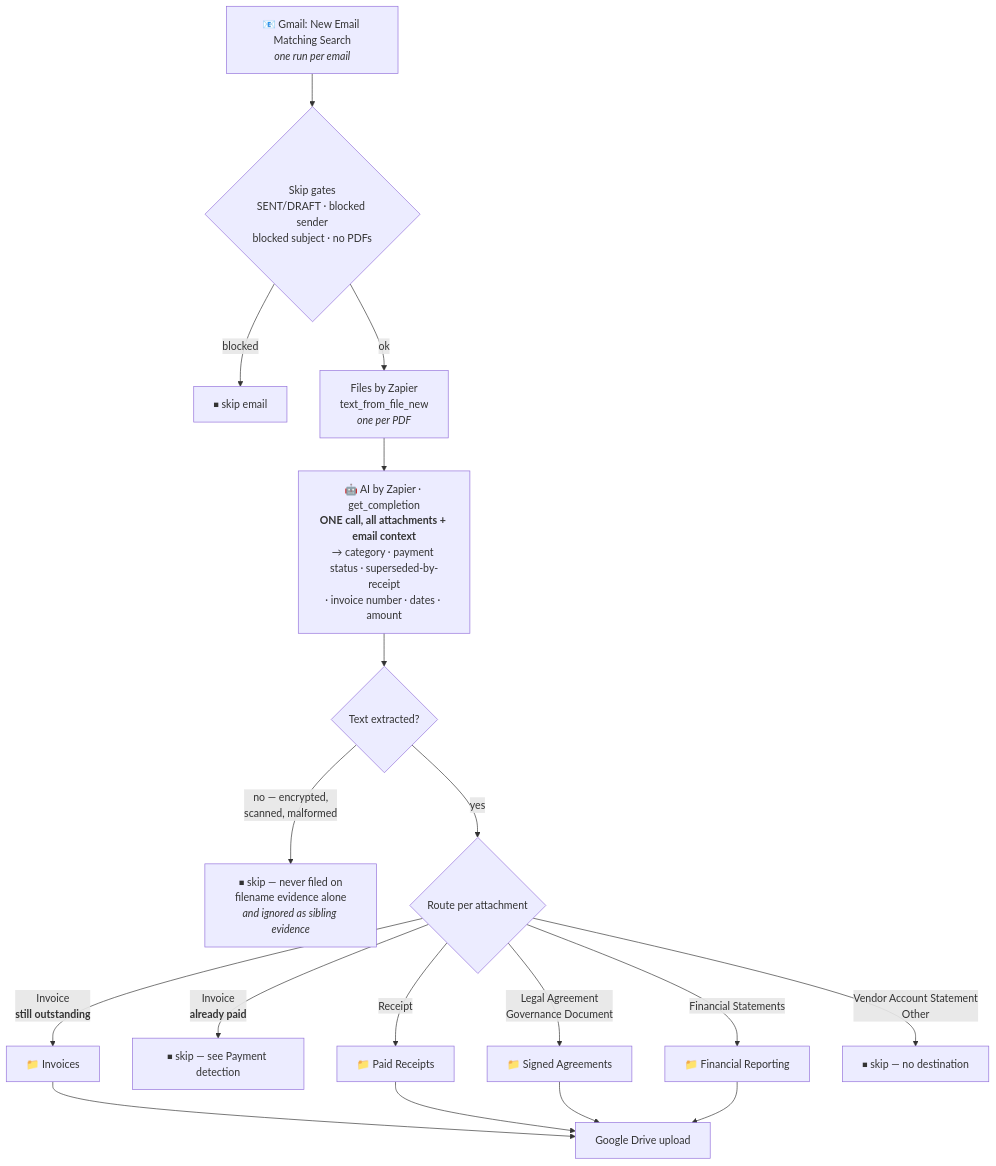
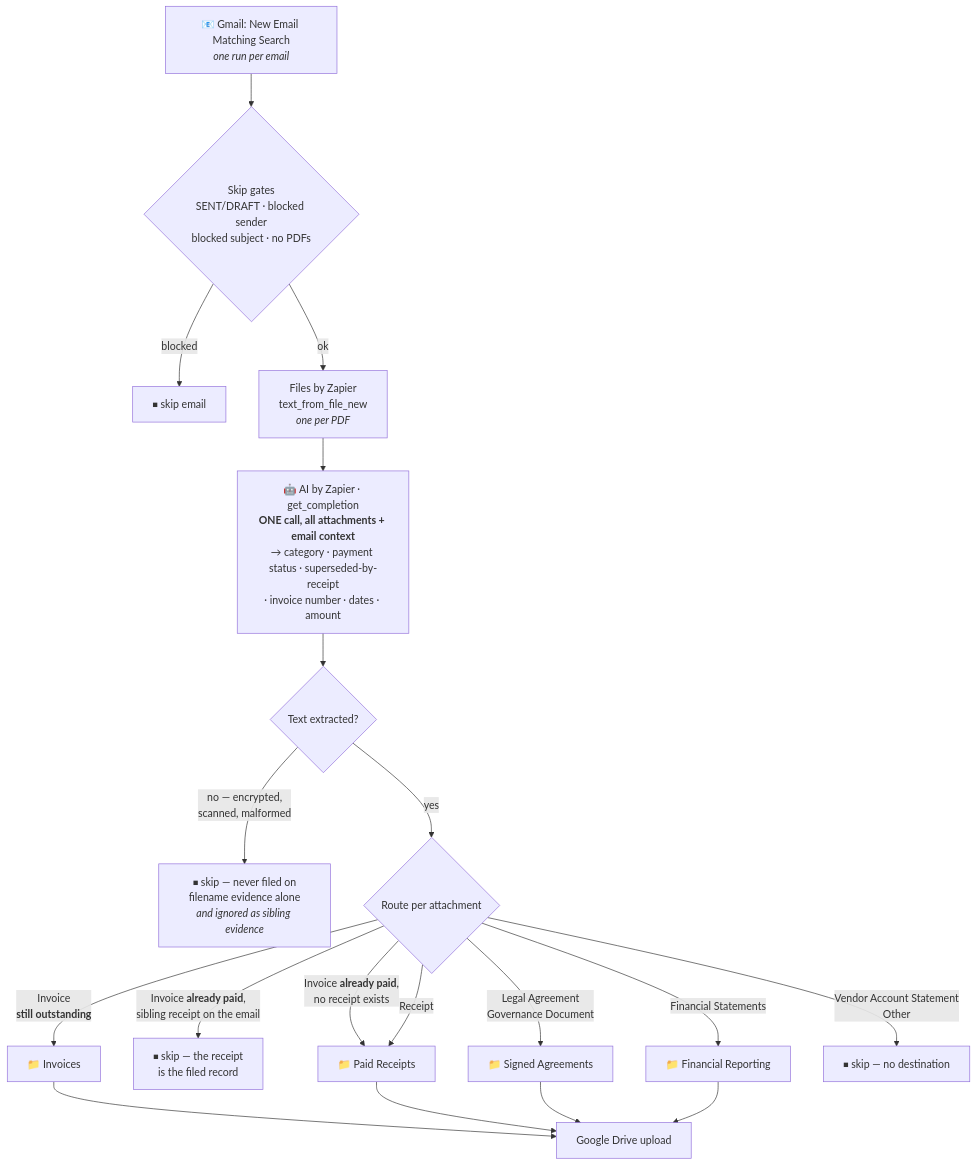
The diagram in gmail-attachments-to-drive-by-type/README.md (work-flowers/zapier-sdk), drawn with Mermaid before and after one commit. The commit also changed other lines of this file and 5 other files, not shown here.

````diff
--- a/gmail-attachments-to-drive-by-type/README.md
+++ b/gmail-attachments-to-drive-by-type/README.md
@@ -32,22 +36,23 @@
 ```mermaid
 flowchart TD
     T["📧 Gmail: New Email Matching Search<br/><i>one run per email</i>"] --> G{"Skip gates<br/>SENT/DRAFT · blocked sender<br/>blocked subject · no PDFs"}
     G -- blocked --> X["⏹ skip email"]
     G -- ok --> E["Files by Zapier<br/>text_from_file_new<br/><i>one per PDF</i>"]
     E --> AI["🤖 AI by Zapier · get_completion<br/><b>ONE call, all attachments + email context</b><br/>→ category · payment status · superseded-by-receipt<br/>· invoice number · dates · amount"]
     AI --> RD{"Text extracted?"}
     RD -- "no — encrypted,<br/>scanned, malformed" --> S0["⏹ skip — never filed on<br/>filename evidence alone<br/><i>and ignored as sibling evidence</i>"]
     RD -- yes --> R{"Route per attachment"}
 
     R -- "Invoice<br/><b>still outstanding</b>" --> INV["📁 Invoices"]
-    R -- "Invoice<br/><b>already paid</b>" --> S1["⏹ skip — see Payment detection"]
+    R -- "Invoice <b>already paid</b>,<br/>sibling receipt on the email" --> S1["⏹ skip — the receipt<br/>is the filed record"]
+    R -- "Invoice <b>already paid</b>,<br/>no receipt exists" --> REC
     R -- Receipt --> REC["📁 Paid Receipts"]
     R -- "Legal Agreement<br/>Governance Document" --> AGR["📁 Signed Agreements"]
     R -- "Financial Statements" --> FIN["📁 Financial Reporting"]
     R -- "Vendor Account Statement<br/>Other" --> S2["⏹ skip — no destination"]
 
     INV --> U["Google Drive upload"]
     REC --> U
     AGR --> U
     FIN --> U
 ```
````
